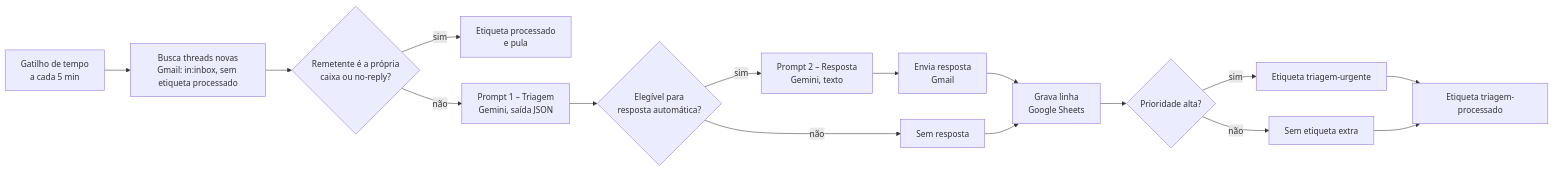
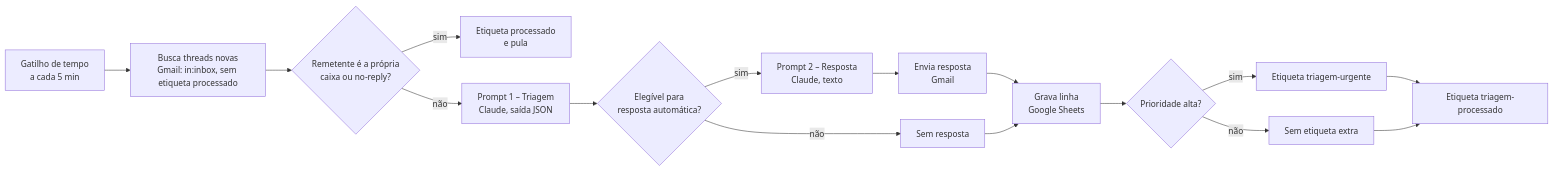
Before and after one commit to macielalex/triagem-emails-geracao-tech: the diagram in README.md, drawn with Mermaid. The commit also changed other lines of this file and 3 other files, not shown here.

````diff
--- a/README.md
+++ b/README.md
@@ -51,18 +51,18 @@
 ```mermaid
 flowchart LR
     A[Gatilho de tempo<br/>a cada 5 min] --> B[Busca threads novas<br/>Gmail: in:inbox, sem etiqueta processado]
     B --> C{Remetente é a própria<br/>caixa ou no-reply?}
     C -- sim --> X[Etiqueta processado<br/>e pula]
-    C -- não --> D[Prompt 1 – Triagem<br/>Gemini, saída JSON]
+    C -- não --> D[Prompt 1 – Triagem<br/>Claude, saída JSON]
     D --> E{Elegível para<br/>resposta automática?}
-    E -- sim --> F[Prompt 2 – Resposta<br/>Gemini, texto]
+    E -- sim --> F[Prompt 2 – Resposta<br/>Claude, texto]
     F --> G[Envia resposta<br/>Gmail]
     E -- não --> H[Sem resposta]
     G --> I[Grava linha<br/>Google Sheets]
     H --> I
     I --> J{Prioridade alta?}
     J -- sim --> K[Etiqueta triagem-urgente]
     J -- não --> L[Sem etiqueta extra]
     K --> M[Etiqueta triagem-processado]
     L --> M
 ```
````
